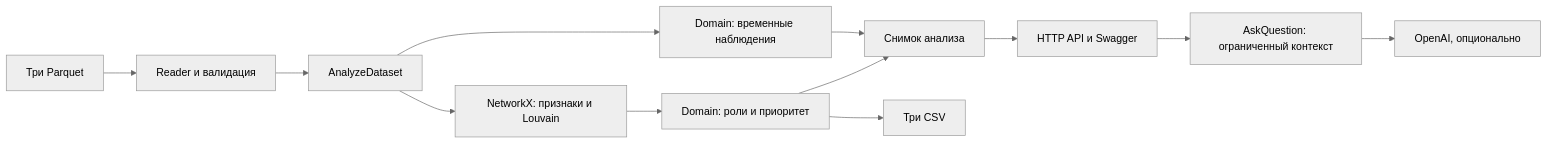
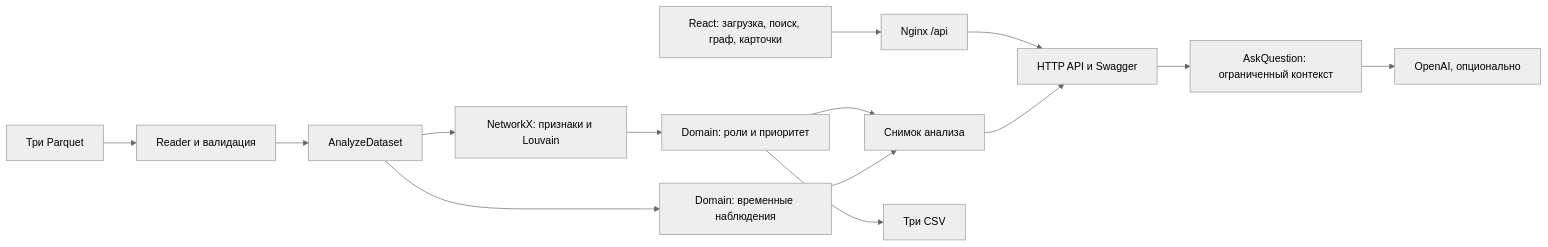
Before and after one commit to BAITC-Hacks/hack-b7a04bbf-zhastyq: the diagram in README.md, drawn with Mermaid (neutral theme). The commit also changed other lines of this file and 29 other files, not shown here.

````diff
--- a/README.md
+++ b/README.md
@@ -217,14 +282,16 @@
 ```mermaid
 flowchart LR
+  F[React: загрузка, поиск, граф, карточки] --> N[Nginx /api]
+  N --> H[HTTP API и Swagger]
   P[Три Parquet] --> R[Reader и валидация]
   R --> A[AnalyzeDataset]
   A --> G[NetworkX: признаки и Louvain]
   G --> D[Domain: роли и приоритет]
   A --> T[Domain: временные наблюдения]
   D --> S[Снимок анализа]
   T --> S
   D --> C[Три CSV]
   S --> H[HTTP API и Swagger]
   H --> Q[AskQuestion: ограниченный контекст]
   Q --> L[OpenAI, опционально]
 ```
````
